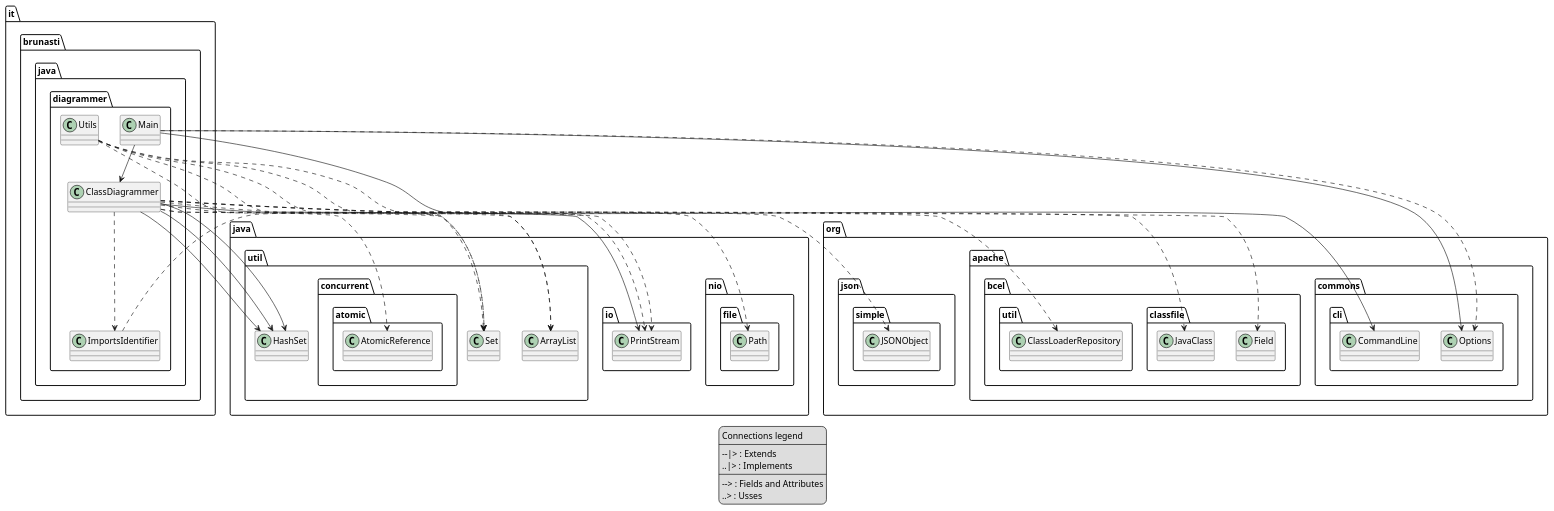
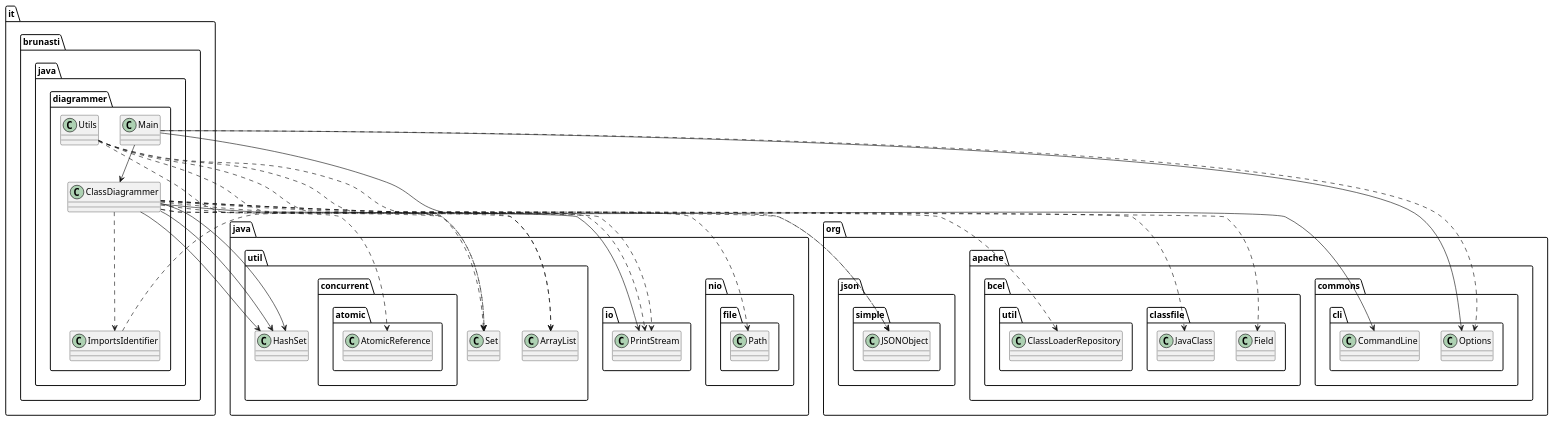
One commit to brunasti/java-diagrammer changed the diagram in docs/output.puml. Above: the diagram before and after it, drawn with PlantUML. The commit also changed 7 other files, not shown here.

Commit message:
Loads legend file from config.json

```diff
--- a/docs/output.puml
+++ b/docs/output.puml
@@ -1,61 +1,53 @@
 @startuml
 'https://plantuml.com/class-diagram
 
 ' GENERATE CLASS DIAGRAM ===========
 ' Generator       : it.brunasti.java.diagrammer.ClassDiagrammer
 ' Path            : [./target/classes]
 ' Configuration   : []
-' Generated at    : Fri Mar 29 11:39:03 CET 2024
-legend
-Connections legend
-----
---|> : Extends
-..|> : Implements
-----
---> : Fields and Attributes
-..> : Usses
-end legend
+' Generated at    : Fri Mar 29 12:10:16 CET 2024
 
 
 
 ' CLASSES =======
 class it.brunasti.java.diagrammer.ClassDiagrammer
 class it.brunasti.java.diagrammer.Utils
 class it.brunasti.java.diagrammer.Main
 class it.brunasti.java.diagrammer.ImportsIdentifier
 
 ' INHERITANCES =======
 
 ' IMPLEMENT INTERFACE =======
 
 ' FIELDS =======
 it.brunasti.java.diagrammer.ClassDiagrammer --> java.io.PrintStream
 it.brunasti.java.diagrammer.ClassDiagrammer --> java.util.HashSet
 it.brunasti.java.diagrammer.ClassDiagrammer --> java.util.HashSet
 it.brunasti.java.diagrammer.ClassDiagrammer --> java.util.HashSet
 it.brunasti.java.diagrammer.Main --> org.apache.commons.cli.CommandLine
 it.brunasti.java.diagrammer.Main --> it.brunasti.java.diagrammer.ClassDiagrammer
 it.brunasti.java.diagrammer.Main --> org.apache.commons.cli.Options
 
 ' USES =======
 it.brunasti.java.diagrammer.ClassDiagrammer ..> java.io.PrintStream
 it.brunasti.java.diagrammer.ClassDiagrammer ..> java.util.Set
+it.brunasti.java.diagrammer.ClassDiagrammer ..> org.json.simple.JSONObject
 it.brunasti.java.diagrammer.ClassDiagrammer ..> org.apache.bcel.classfile.JavaClass
 it.brunasti.java.diagrammer.ClassDiagrammer ..> org.apache.bcel.classfile.Field
 it.brunasti.java.diagrammer.ClassDiagrammer ..> java.util.ArrayList
 it.brunasti.java.diagrammer.ClassDiagrammer ..> org.apache.bcel.util.ClassLoaderRepository
 it.brunasti.java.diagrammer.ClassDiagrammer ..> it.brunasti.java.diagrammer.ImportsIdentifier
 it.brunasti.java.diagrammer.ClassDiagrammer ..> java.util.concurrent.atomic.AtomicReference
 it.brunasti.java.diagrammer.Utils ..> java.io.PrintStream
 it.brunasti.java.diagrammer.Utils ..> java.util.ArrayList
 it.brunasti.java.diagrammer.Utils ..> java.util.Set
 it.brunasti.java.diagrammer.Utils ..> org.json.simple.JSONObject
 it.brunasti.java.diagrammer.Utils ..> java.nio.file.Path
 it.brunasti.java.diagrammer.Main ..> org.apache.commons.cli.Options
 it.brunasti.java.diagrammer.ImportsIdentifier ..> java.util.Set
 
 ' IMPORTS =======
 ' Java Files Path : 
 
 
 @enduml
```
